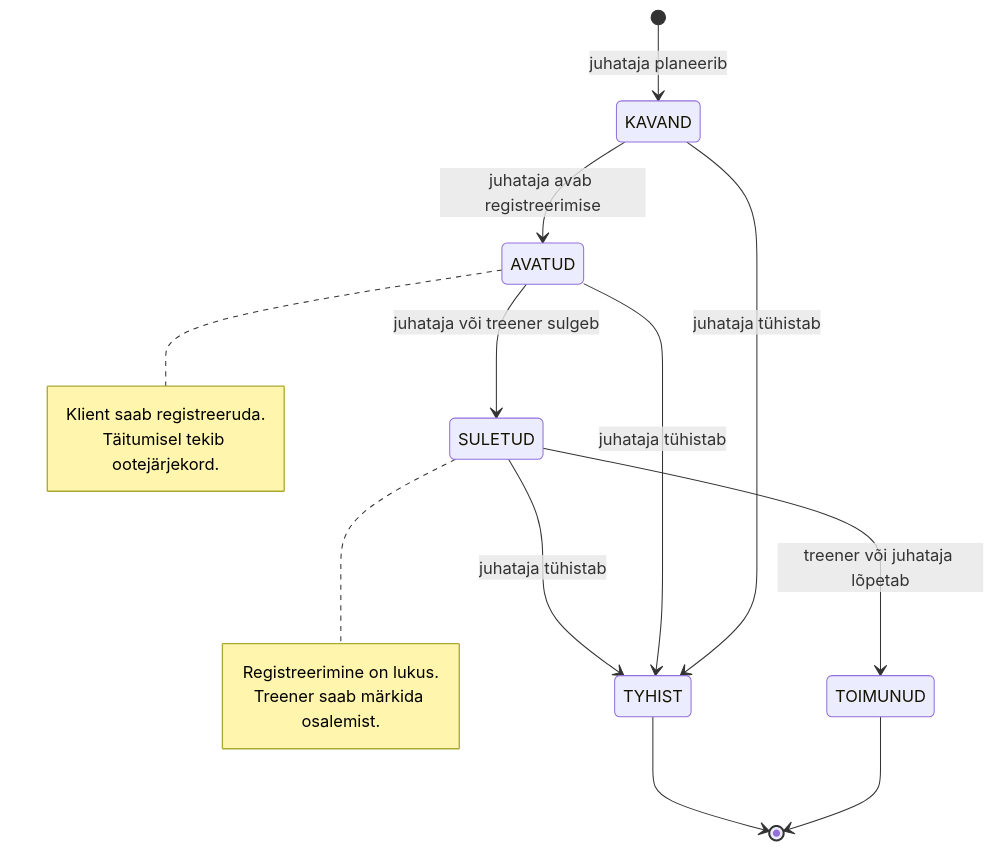
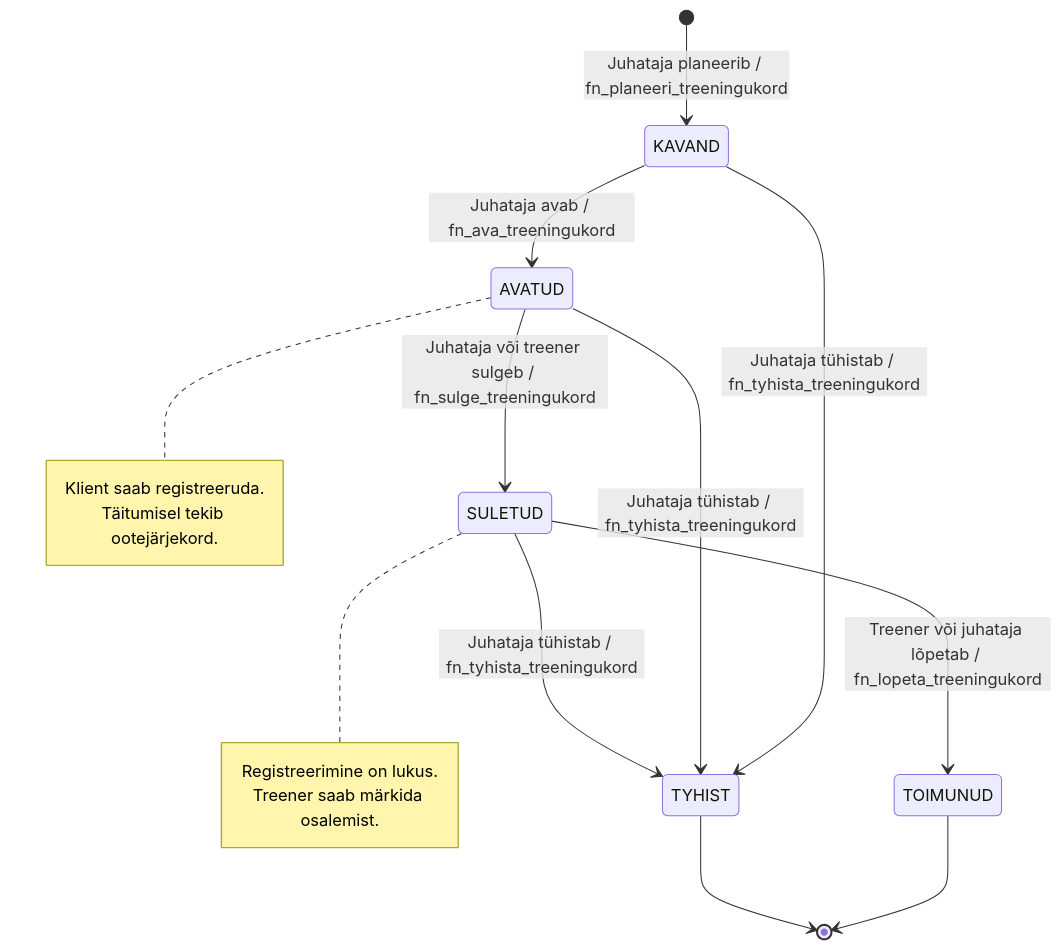
Before and after one commit to tamkivi/andmebaasid-projekt: the diagram in diagrams/05_session_state.mmd, drawn with Mermaid. The commit also changed 23 other files, not shown here.

```diff
--- a/diagrams/05_session_state.mmd
+++ b/diagrams/05_session_state.mmd
@@ -1,19 +1,19 @@
 stateDiagram-v2
-    [*] --> KAVAND: juhataja planeerib
-    KAVAND --> AVATUD: juhataja avab registreerimise
-    AVATUD --> SULETUD: juhataja või treener sulgeb
-    SULETUD --> TOIMUNUD: treener või juhataja lõpetab
-    KAVAND --> TYHIST: juhataja tühistab
-    AVATUD --> TYHIST: juhataja tühistab
-    SULETUD --> TYHIST: juhataja tühistab
+    [*] --> KAVAND: Juhataja planeerib / fn_planeeri_treeningukord
+    KAVAND --> AVATUD: Juhataja avab / fn_ava_treeningukord
+    AVATUD --> SULETUD: Juhataja või treener sulgeb / fn_sulge_treeningukord
+    SULETUD --> TOIMUNUD: Treener või juhataja lõpetab / fn_lopeta_treeningukord
+    KAVAND --> TYHIST: Juhataja tühistab / fn_tyhista_treeningukord
+    AVATUD --> TYHIST: Juhataja tühistab / fn_tyhista_treeningukord
+    SULETUD --> TYHIST: Juhataja tühistab / fn_tyhista_treeningukord
     TOIMUNUD --> [*]
     TYHIST --> [*]
 
     note right of AVATUD
         Klient saab registreeruda.
         Täitumisel tekib ootejärjekord.
     end note
     note right of SULETUD
         Registreerimine on lukus.
         Treener saab märkida osalemist.
     end note
```
